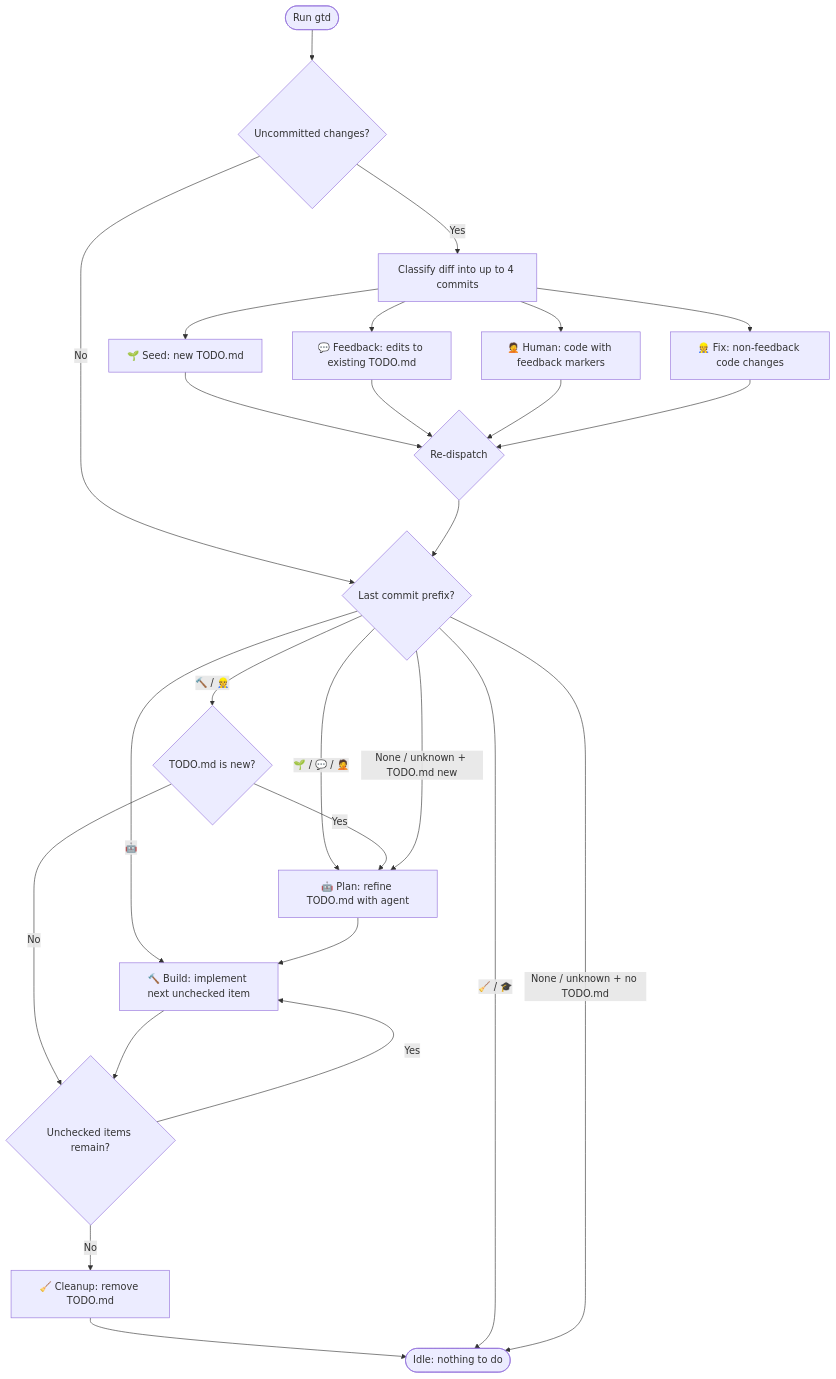
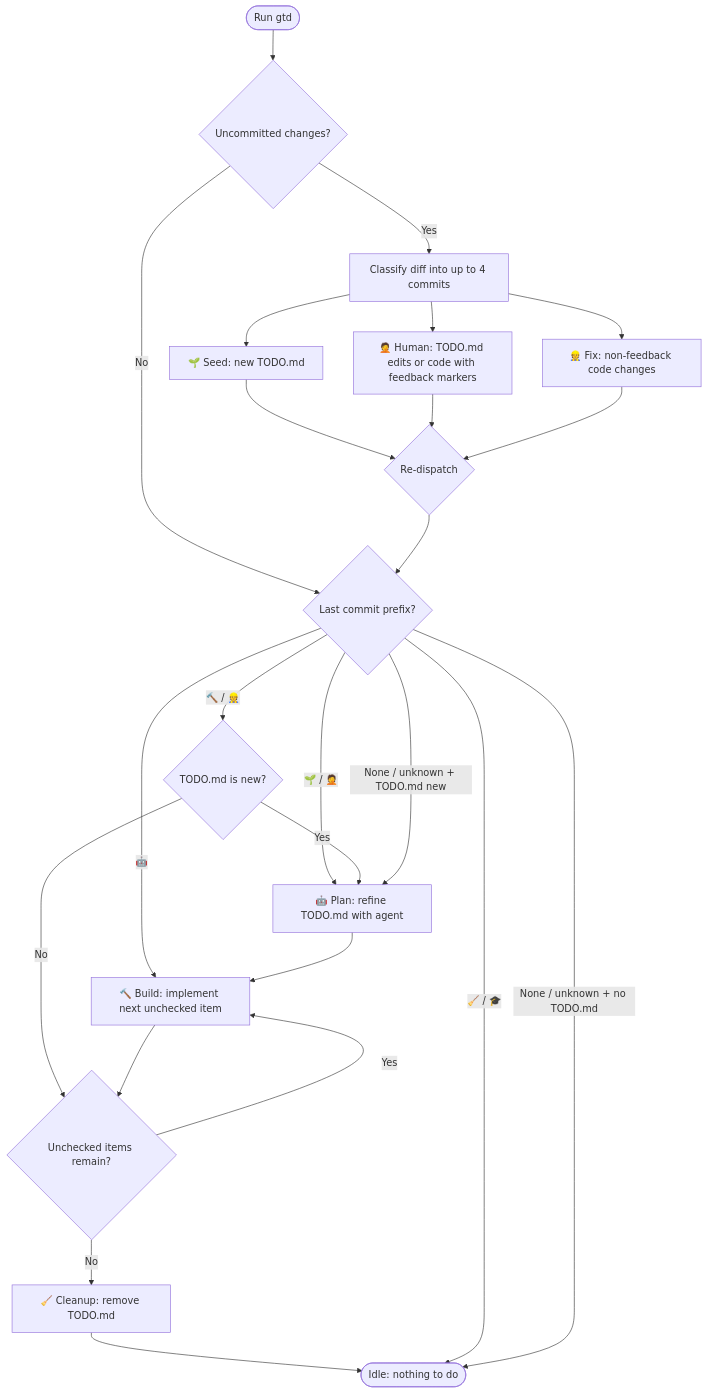
One commit to pmelab/gtd changed the diagram in README.md. Above: the diagram before and after it, drawn with Mermaid. The commit also changed other lines of this file and 22 other files, not shown here.

First line of the commit message:
feat: merge 💬 feedback into 🤦 human commit type

````diff
--- a/README.md
+++ b/README.md
@@ -37,29 +37,27 @@
 ```mermaid
 flowchart TD
     Start([Run gtd]) --> Uncommitted{Uncommitted changes?}
     Uncommitted -->|No| CheckLast{Last commit prefix?}
     Uncommitted -->|Yes| Classify["Classify diff into up to 4 commits"]
     Classify --> SeedCommit["🌱 Seed: new TODO.md"]
-    Classify --> FeedbackCommit["💬 Feedback: edits to existing TODO.md"]
-    Classify --> HumanCommit["🤦 Human: code with feedback markers"]
+    Classify --> HumanCommit["🤦 Human: TODO.md edits or code with feedback markers"]
     Classify --> FixCommit["👷 Fix: non-feedback code changes"]
     SeedCommit --> ReDispatch
-    FeedbackCommit --> ReDispatch
     HumanCommit --> ReDispatch
     FixCommit --> ReDispatch
     ReDispatch{Re-dispatch} --> CheckLast
-    CheckLast -->|"🌱 / 💬 / 🤦"| Plan["🤖 Plan: refine TODO.md with agent"]
+    CheckLast -->|"🌱 / 🤦"| Plan["🤖 Plan: refine TODO.md with agent"]
     CheckLast -->|🤖| Build
     CheckLast -->|"🔨 / 👷"| TodoNew{TODO.md is new?}
     TodoNew -->|Yes| Plan
     TodoNew -->|No| ItemsLeft
     Build["🔨 Build: implement next unchecked item"] --> ItemsLeft
     ItemsLeft{Unchecked items remain?}
     ItemsLeft -->|Yes| Build
     ItemsLeft -->|No| Cleanup["🧹 Cleanup: remove TODO.md"]
     Plan --> Build
     Cleanup --> Idle([Idle: nothing to do])
     CheckLast -->|"🧹 / 🎓"| Idle
     CheckLast -->|"None / unknown + TODO.md new"| Plan
     CheckLast -->|"None / unknown + no TODO.md"| Idle
 ```
````
